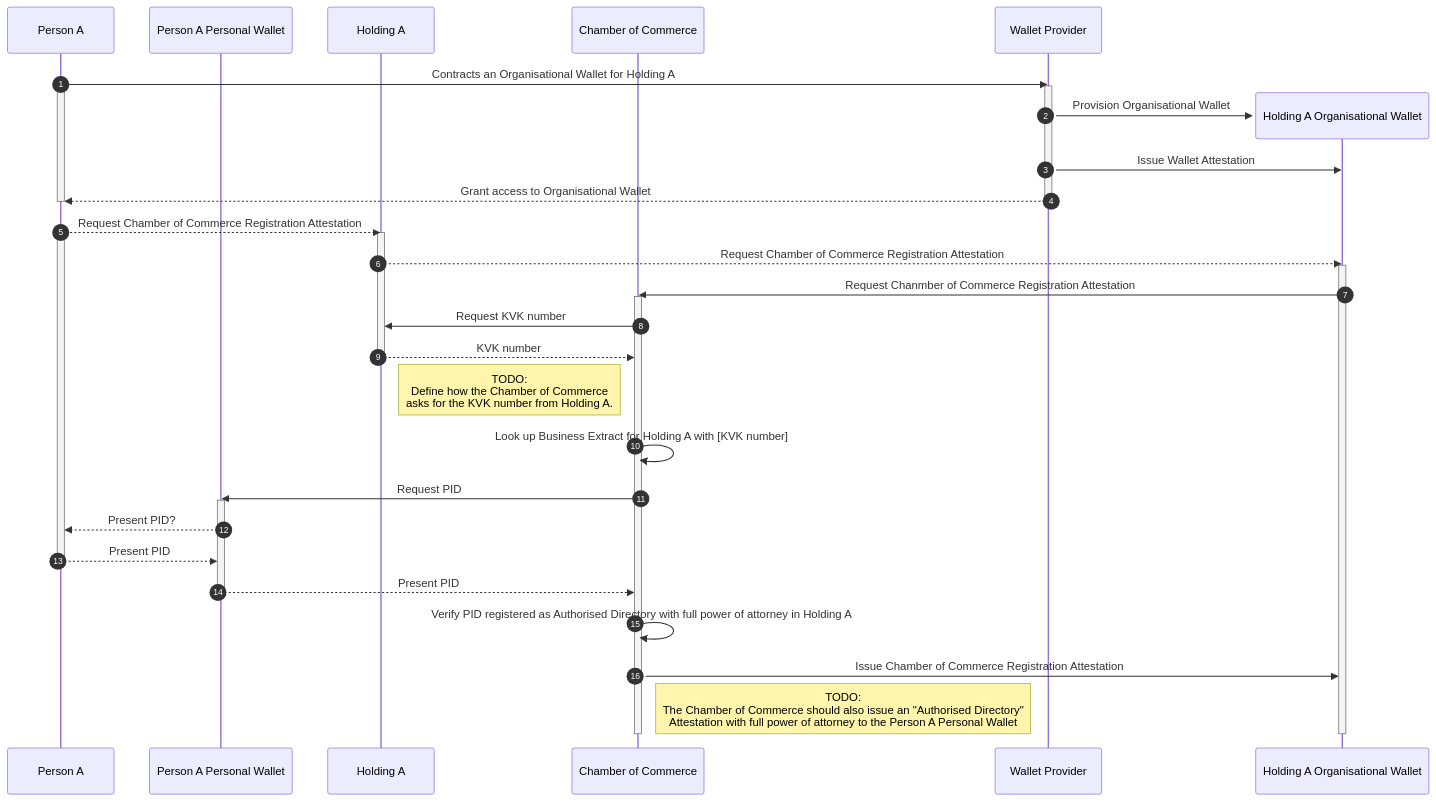
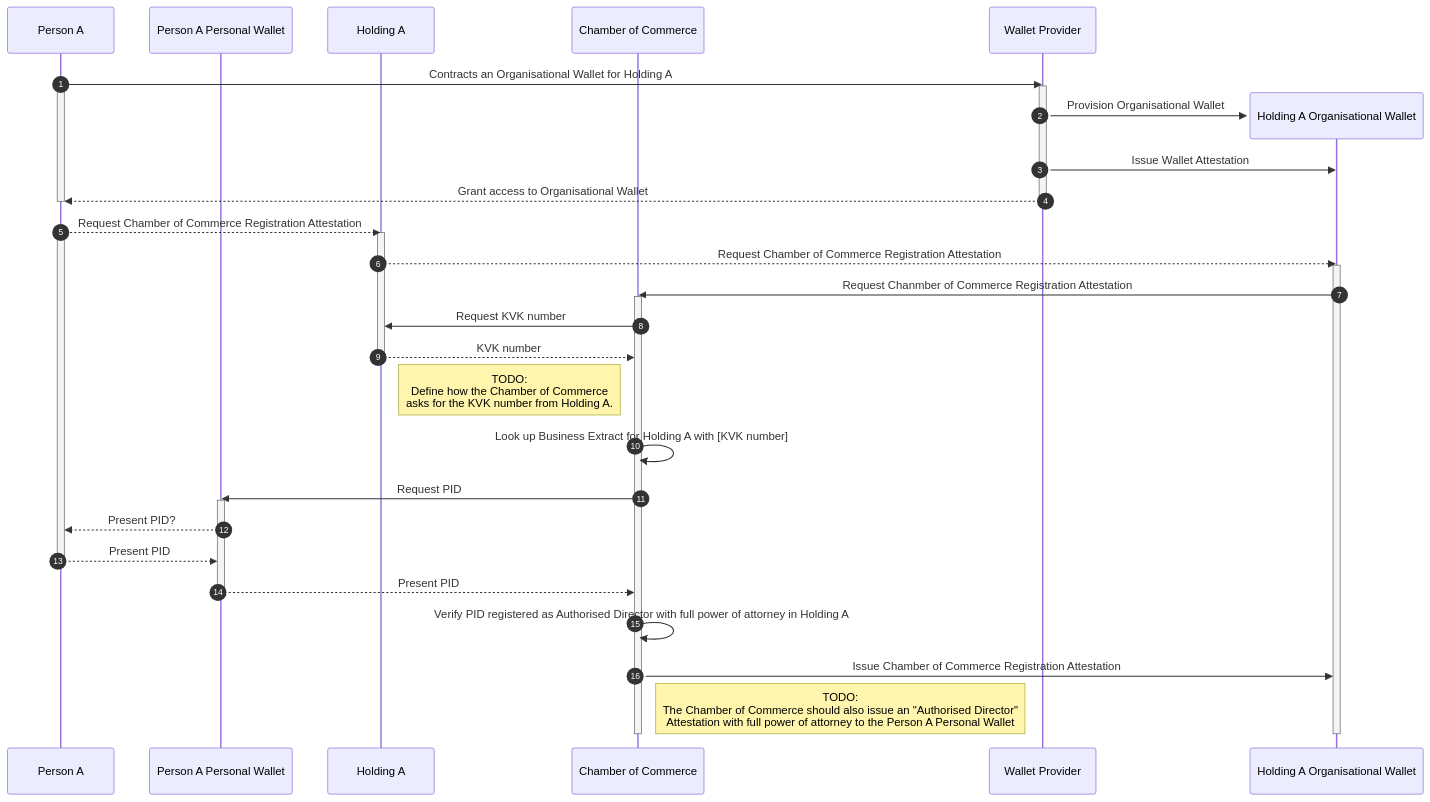
Before and after one commit to FIDEScommunity/CompanyPassport: the second of 3 diagrams in pages/functional/use-cases/founding-a-company.mdx, drawn with Mermaid. The commit also changed other lines of this file, not shown here.

````diff
--- a/pages/functional/use-cases/founding-a-company.mdx
+++ b/pages/functional/use-cases/founding-a-company.mdx
@@ -140,47 +140,47 @@
 ```mermaid
 sequenceDiagram
     autonumber
 
     participant person_a as Person A
     participant person_a_wallet as Person A Personal Wallet
     participant holding_a as Holding A
     participant coc as Chamber of Commerce
     participant wallet_provider as Wallet Provider
 
     %% Contract Organisational Wallet
     person_a ->> wallet_provider: Contracts an Organisational Wallet for Holding A
     activate person_a
     activate wallet_provider
     create participant holding_a_wallet as Holding A Organisational Wallet
     wallet_provider ->> holding_a_wallet: Provision Organisational Wallet
     wallet_provider ->> holding_a_wallet: Issue Wallet Attestation
     wallet_provider -->> person_a: Grant access to Organisational Wallet
     deactivate wallet_provider
     deactivate person_a
 
     %% Request Chamber of Commerce Registration Attestation
     person_a -->> holding_a: Request Chamber of Commerce Registration Attestation
     activate holding_a
     activate person_a
     holding_a -->> holding_a_wallet: Request Chamber of Commerce Registration Attestation
     activate holding_a_wallet
     holding_a_wallet ->> coc: Request Chanmber of Commerce Registration Attestation
     activate coc
     coc ->> holding_a: Request KVK number
     holding_a -->> coc: KVK number
     deactivate holding_a
     Note right of holding_a: TODO:<br/>Define how the Chamber of Commerce<br/>asks for the KVK number from Holding A.
     coc ->> coc: Look up Business Extract for Holding A with [KVK number]
     coc ->> person_a_wallet: Request PID
     activate person_a_wallet
     person_a_wallet -->> person_a: Present PID?
     person_a -->> person_a_wallet: Present PID
     deactivate person_a
     person_a_wallet -->> coc: Present PID
     deactivate person_a_wallet
-    coc ->> coc: Verify PID registered as Authorised Directory with full power of attorney in Holding A
+    coc ->> coc: Verify PID registered as Authorised Director with full power of attorney in Holding A
     coc ->> holding_a_wallet: Issue Chamber of Commerce Registration Attestation
-    Note right of coc: TODO:<br/>The Chamber of Commerce should also issue an "Authorised Directory"<br/>Attestation with full power of attorney to the Person A Personal Wallet
+    Note right of coc: TODO:<br/>The Chamber of Commerce should also issue an "Authorised Director"<br/>Attestation with full power of attorney to the Person A Personal Wallet
     deactivate holding_a_wallet
     deactivate coc
 ```
````
